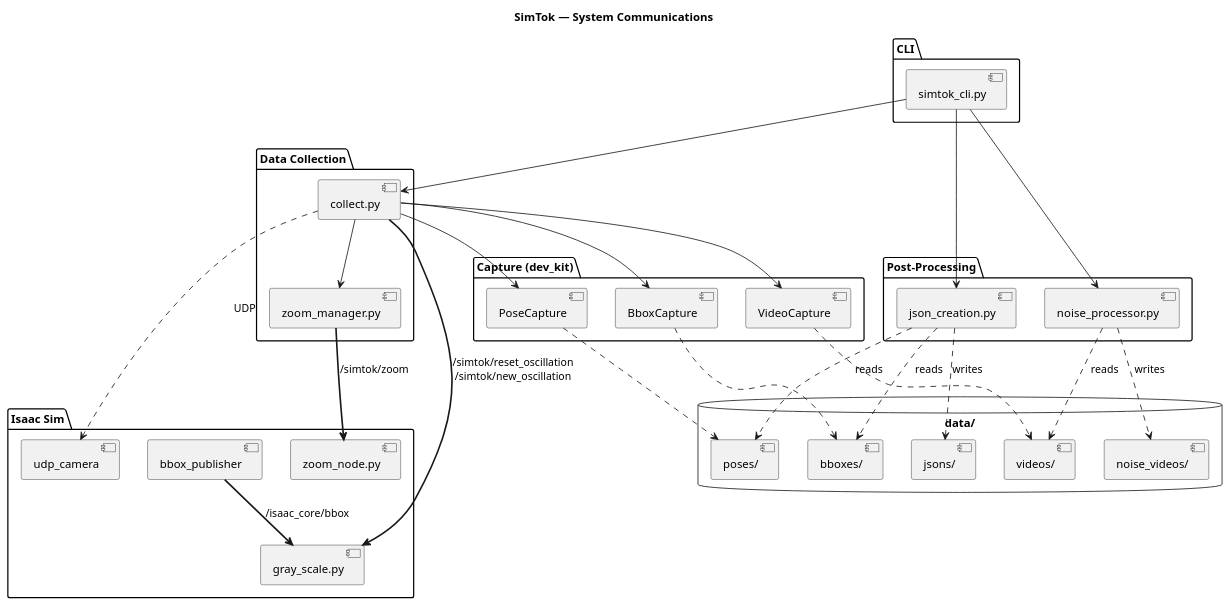
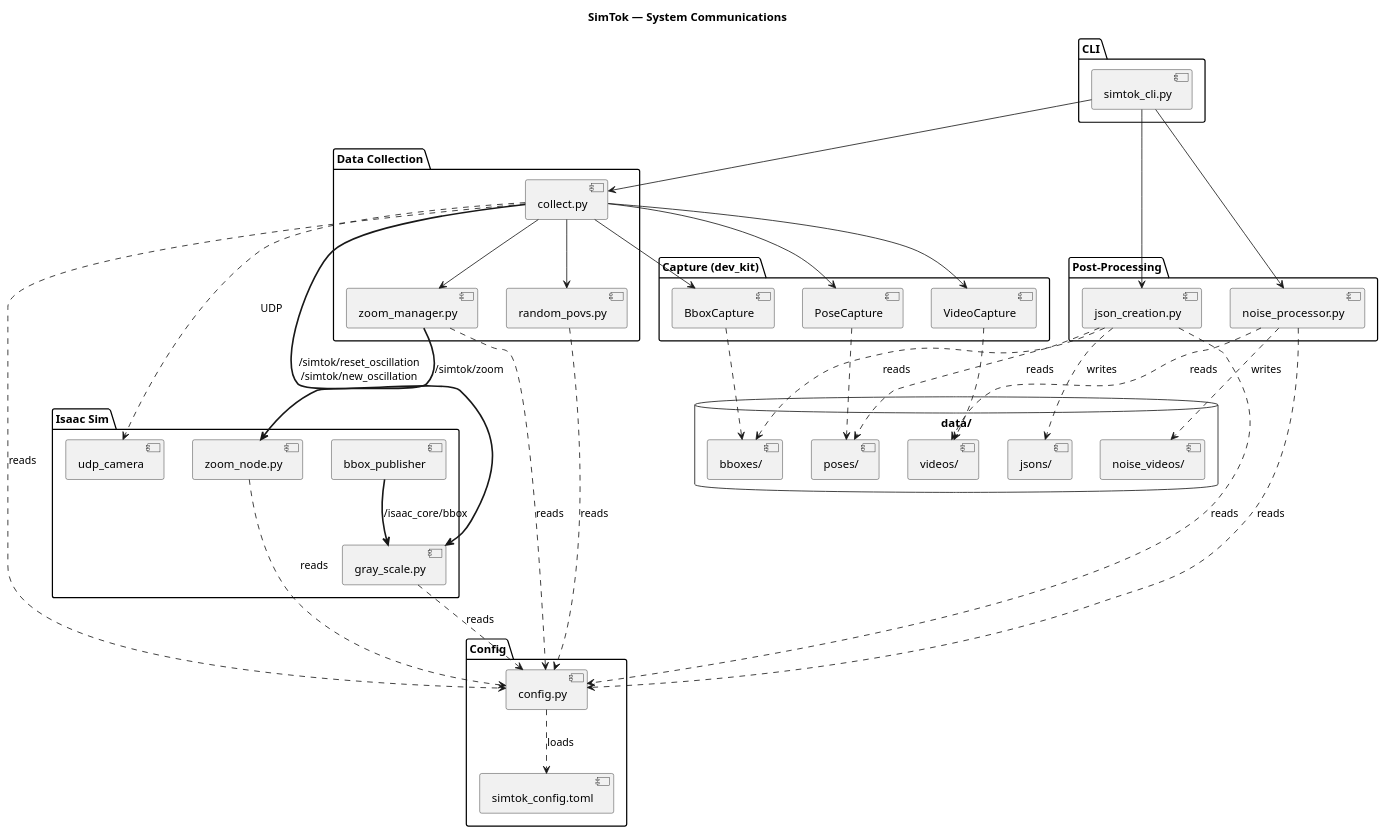
The diagram in system_communications.puml (JerichoGroup/simtok), drawn with PlantUML before and after one commit. The commit also changed 3 other files, not shown here.

```diff
--- a/system_communications.puml
+++ b/system_communications.puml
@@ -1,70 +1,87 @@
 @startuml system_communications
 
 title SimTok — System Communications
 
 package "CLI" {
     [simtok_cli.py]
 }
 
 package "Data Collection" {
     [collect.py]
+    [random_povs.py]
     [zoom_manager.py]
 }
 
 package "Isaac Sim" {
     [gray_scale.py]
     [zoom_node.py]
     [bbox_publisher]
     [udp_camera]
 }
 
 package "Capture (dev_kit)" {
     [VideoCapture]
     [PoseCapture]
     [BboxCapture]
 }
 
 package "Post-Processing" {
     [noise_processor.py]
     [json_creation.py]
 }
 
+package "Config" {
+    [config.py]
+    [simtok_config.toml]
+}
+
 database "data/" {
     [videos/]
     [poses/]
     [bboxes/]
     [noise_videos/]
     [jsons/]
 }
 
 ' === API calls ===
 [simtok_cli.py] --> [collect.py]
 [simtok_cli.py] --> [noise_processor.py]
 [simtok_cli.py] --> [json_creation.py]
 
 [collect.py] --> [zoom_manager.py]
+[collect.py] --> [random_povs.py]
 [collect.py] --> [VideoCapture]
 [collect.py] --> [PoseCapture]
 [collect.py] --> [BboxCapture]
 
 ' === ROS2 topics ===
 [collect.py] -[bold]-> [gray_scale.py] : /simtok/reset_oscillation\n/simtok/new_oscillation
 [zoom_manager.py] -[bold]-> [zoom_node.py] : /simtok/zoom
 [bbox_publisher] -[bold]-> [gray_scale.py] : /isaac_core/bbox
 
 ' === UDP ===
 [collect.py] -[dashed]-> [udp_camera] : UDP
 
 ' === File I/O ===
 [VideoCapture] ..> [videos/]
 [PoseCapture] ..> [poses/]
 [BboxCapture] ..> [bboxes/]
 
 [noise_processor.py] ..> [videos/] : reads
 [noise_processor.py] ..> [noise_videos/] : writes
 
 [json_creation.py] ..> [poses/] : reads
 [json_creation.py] ..> [bboxes/] : reads
 [json_creation.py] ..> [jsons/] : writes
 
+' === Shared configuration ===
+[config.py] ..> [simtok_config.toml] : loads
+[collect.py] ..> [config.py] : reads
+[random_povs.py] ..> [config.py] : reads
+[zoom_manager.py] ..> [config.py] : reads
+[noise_processor.py] ..> [config.py] : reads
+[json_creation.py] ..> [config.py] : reads
+[gray_scale.py] ..> [config.py] : reads
+[zoom_node.py] ..> [config.py] : reads
+
 @enduml
```
